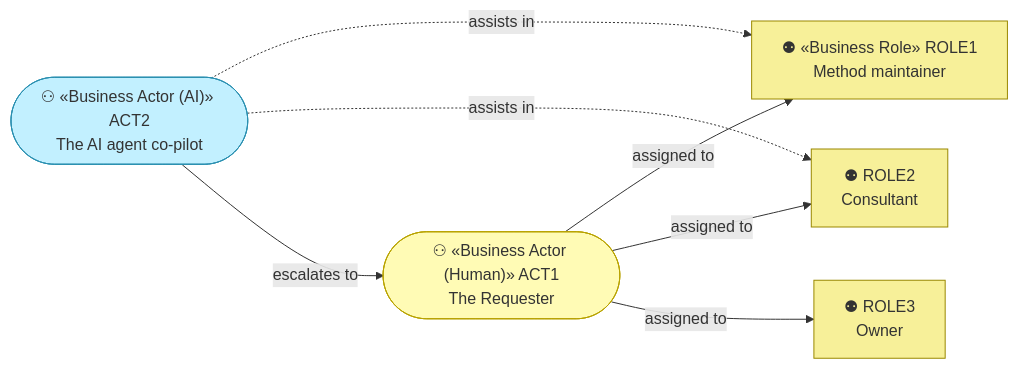
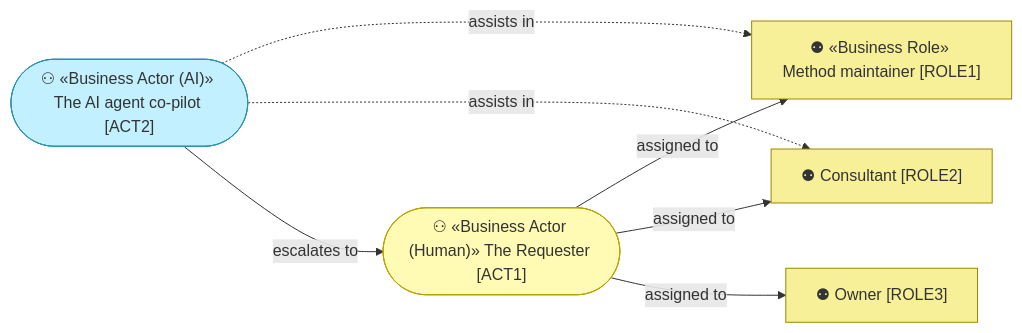
Before and after one commit to roanboc/architecture-archreator: the second of 3 diagrams in org-archreator/architecture/2_business/1_business-actors-and-roles.md, drawn with Mermaid. The commit also changed other lines of this file and 38 other files, not shown here.

````diff
--- a/org-archreator/architecture/2_business/1_business-actors-and-roles.md
+++ b/org-archreator/architecture/2_business/1_business-actors-and-roles.md
@@ -53,20 +53,20 @@
 ```mermaid
 flowchart LR
-  act1(["⚇ «Business Actor (Human)» ACT1<br>The Requester"]):::actor
-  act2(["⚇ «Business Actor (AI)» ACT2<br>The AI agent co-pilot"]):::actorai
+  act1(["⚇ «Business Actor (Human)» The Requester [ACT1]"]):::actor
+  act2(["⚇ «Business Actor (AI)» The AI agent co-pilot [ACT2]"]):::actorai
 
-  role1["⚉ «Business Role» ROLE1<br>Method maintainer"]:::role
-  role2["⚉ ROLE2<br>Consultant"]:::role
-  role3["⚉ ROLE3<br>Owner"]:::role
+  role1["⚉ «Business Role» Method maintainer [ROLE1]"]:::role
+  role2["⚉ Consultant [ROLE2]"]:::role
+  role3["⚉ Owner [ROLE3]"]:::role
 
   act1 -->|assigned to| role1
   act1 -->|assigned to| role2
   act1 -->|assigned to| role3
   act2 -.->|assists in| role1
   act2 -.->|assists in| role2
   act2 -->|escalates to| act1
 
   classDef actor fill:#fffbb5,stroke:#b8a200,color:#333
   classDef actorai fill:#c2f0ff,stroke:#2a8fb0,color:#333
   classDef role fill:#f7f099,stroke:#9a8800,color:#333
 ```
````
